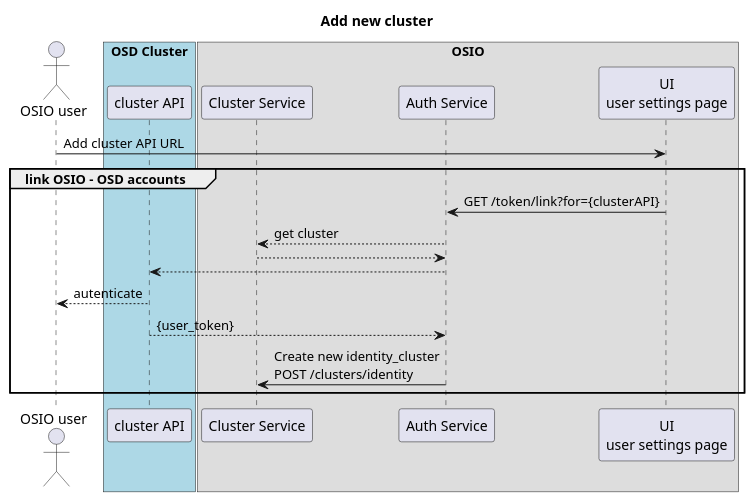
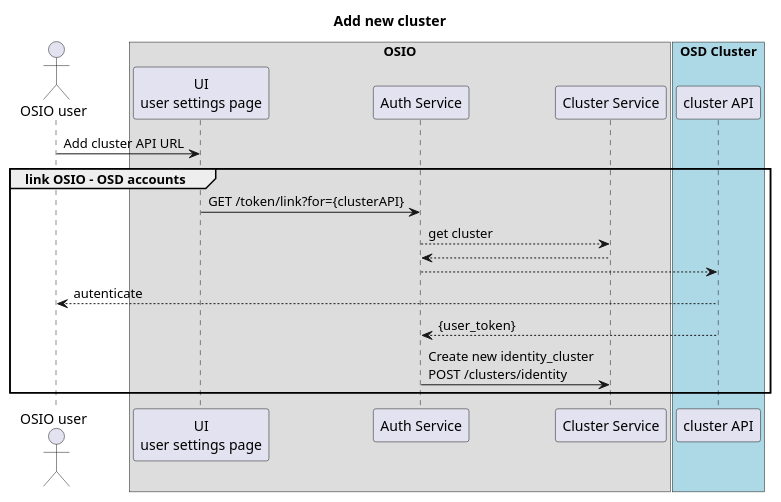
The diagram in docs/resources/new_cluster.plantuml (fabric8-services/fabric8-cluster), drawn with PlantUML before and after one commit. The commit also changed other lines of this file and 1 other file, not shown here.

```diff
--- a/docs/resources/new_cluster.plantuml
+++ b/docs/resources/new_cluster.plantuml
@@ -1,24 +1,24 @@
 @startuml
 title Add new cluster
 
 actor "OSIO user" as user
+box "OSIO"
+	participant "UI\nuser settings page" as usersettings
+	participant "Auth Service" as auth
+	participant "Cluster Service" as cs
+end box
 box "OSD Cluster" #LightBlue
 	participant "cluster API" as cluster
-end box
-box "OSIO"
-	participant "Cluster Service" as cs
-	participant "Auth Service" as auth
-	participant "UI\nuser settings page" as usersettings
 end box
 
 user -> usersettings : Add cluster API URL
 group link OSIO - OSD accounts
 	usersettings -> auth : GET /token/link?for={clusterAPI}
 	auth --> cs : get cluster
 	auth <-- cs
 	auth --> cluster
 	cluster --> user : autenticate
 	cluster --> auth : {user_token}
 	auth -> cs : Create new identity_cluster\nPOST /clusters/identity
 end
 @enduml
```
